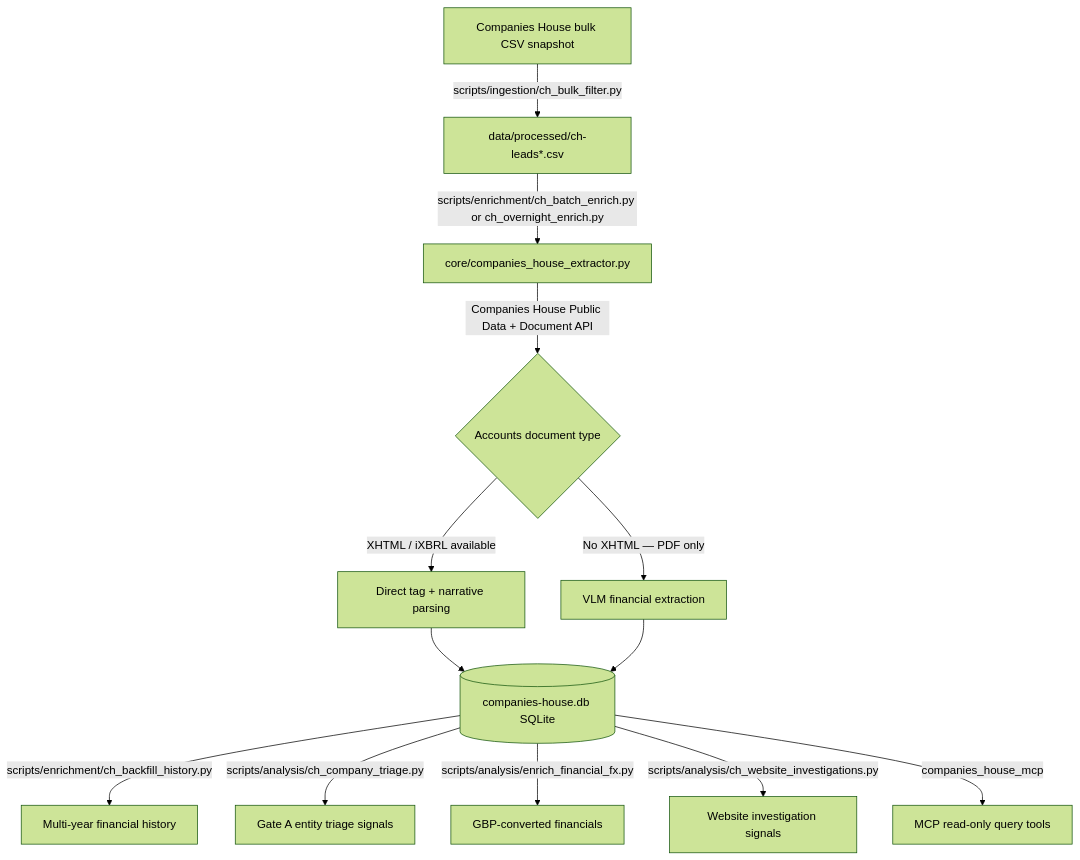
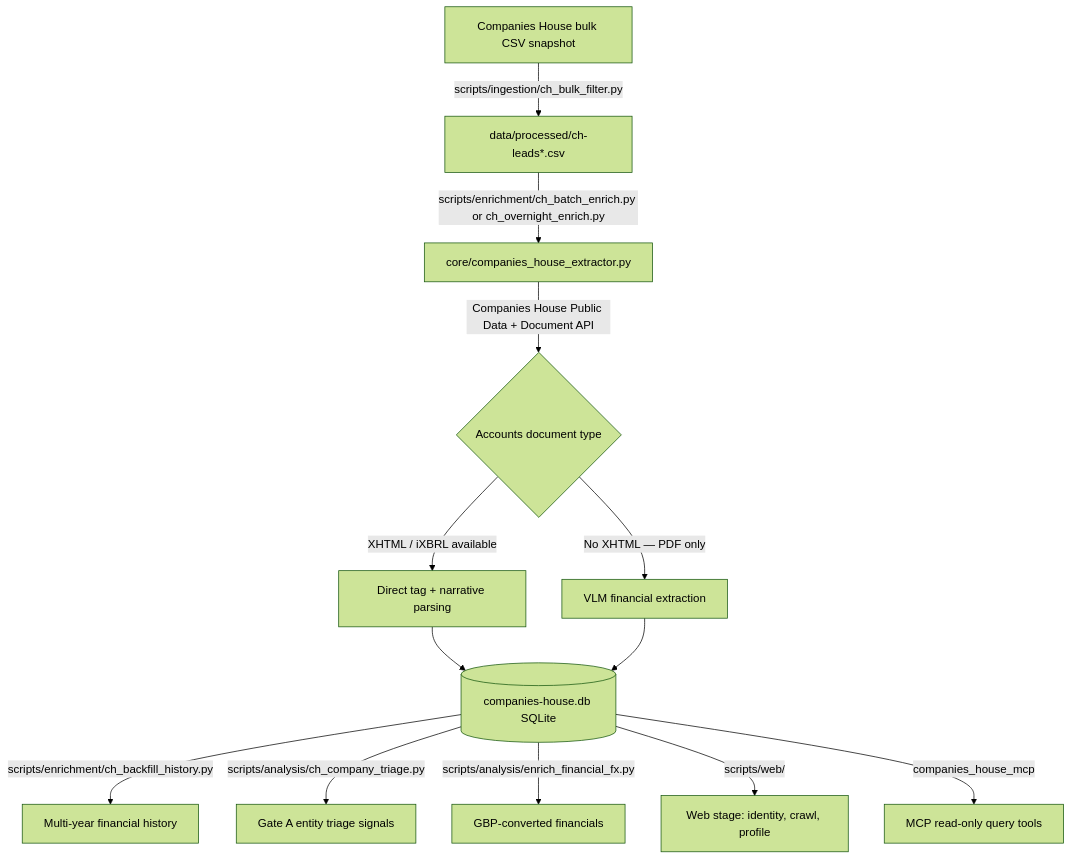
The first of 2 diagrams in README.md (butlerwill1/companies-house-leads), drawn with Mermaid (forest theme) before and after one commit. The commit also changed other lines of this file and 13 other files, not shown here.

First line of the commit message:
Drop the website-investigation pilot tables and their MCP tools

````diff
--- a/README.md
+++ b/README.md
@@ -12,15 +12,15 @@
 ```mermaid
 flowchart TD
     A[Companies House bulk CSV snapshot] -->|scripts/ingestion/ch_bulk_filter.py| B[data/processed/ch-leads*.csv]
     B -->|scripts/enrichment/ch_batch_enrich.py or ch_overnight_enrich.py| C[core/companies_house_extractor.py]
     C -->|Companies House Public Data + Document API| D{Accounts document type}
     D -->|XHTML / iXBRL available| E[Direct tag + narrative parsing]
     D -->|No XHTML — PDF only| F[VLM financial extraction]
     E --> G[(companies-house.db SQLite)]
     F --> G
     G -->|scripts/enrichment/ch_backfill_history.py| H[Multi-year financial history]
     G -->|scripts/analysis/ch_company_triage.py| T[Gate A entity triage signals]
     G -->|scripts/analysis/enrich_financial_fx.py| I[GBP-converted financials]
-    G -->|scripts/analysis/ch_website_investigations.py| J[Website investigation signals]
+    G -->|scripts/web/| J[Web stage: identity, crawl, profile]
     G -->|companies_house_mcp| K[MCP read-only query tools]
 ```
````
